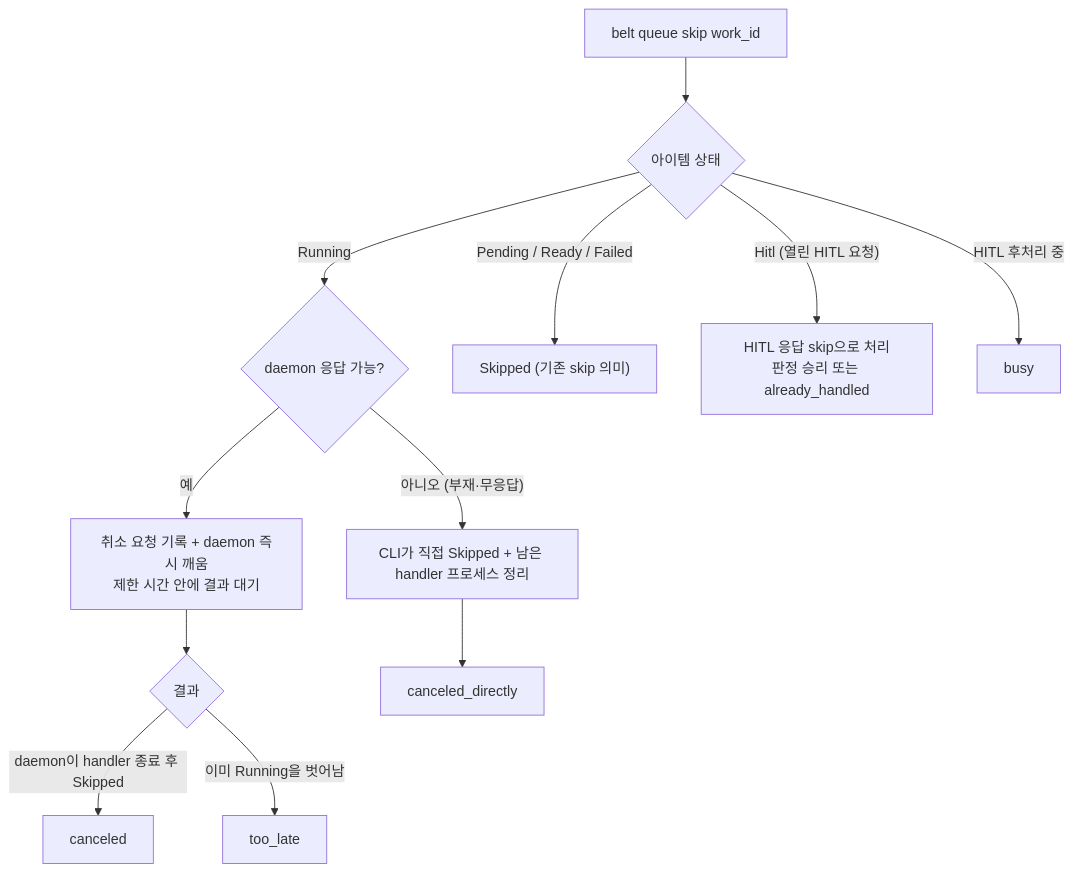
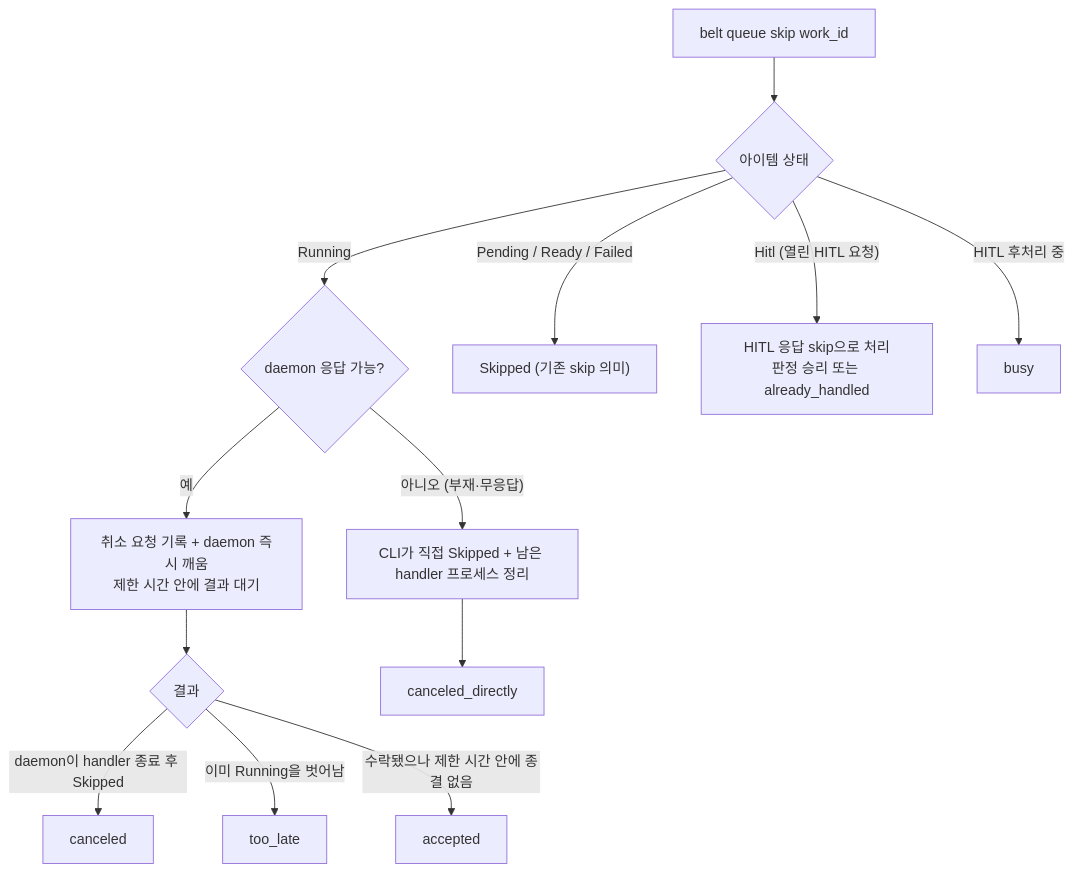
One commit to kys0213/belt changed the diagram in spec/concerns/cli-reference.md. Above: the diagram before and after it, drawn with Mermaid. The commit also changed other lines of this file and 1 other file, not shown here.

````diff
--- a/spec/concerns/cli-reference.md
+++ b/spec/concerns/cli-reference.md
@@ -125,14 +119,15 @@
 ```mermaid
 flowchart TD
     S["belt queue skip work_id"] --> P{"아이템 상태"}
     P -- Running --> D{"daemon 응답 가능?"}
     D -- "예" --> R1["취소 요청 기록 + daemon 즉시 깨움<br/>제한 시간 안에 결과 대기"]
     R1 --> R1a{"결과"}
     R1a -- "daemon이 handler 종료 후 Skipped" --> C1["canceled"]
     R1a -- "이미 Running을 벗어남" --> TL["too_late"]
+    R1a -- "수락됐으나 제한 시간 안에 종결 없음" --> AC["accepted"]
     D -- "아니오 (부재·무응답)" --> R2["CLI가 직접 Skipped + 남은 handler 프로세스 정리"]
     R2 --> C2["canceled_directly"]
     P -- "Pending / Ready / Failed" --> K["Skipped (기존 skip 의미)"]
     P -- "Hitl (열린 HITL 요청)" --> H["HITL 응답 skip으로 처리<br/>판정 승리 또는 already_handled"]
     P -- "HITL 후처리 중" --> B["busy"]
 ```
````
